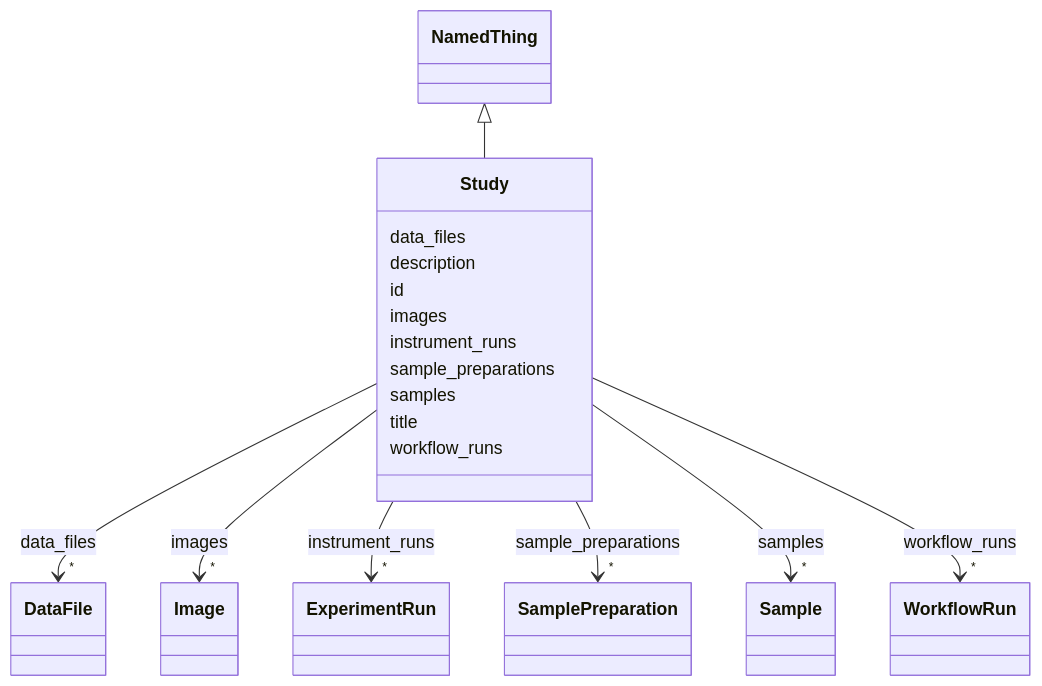
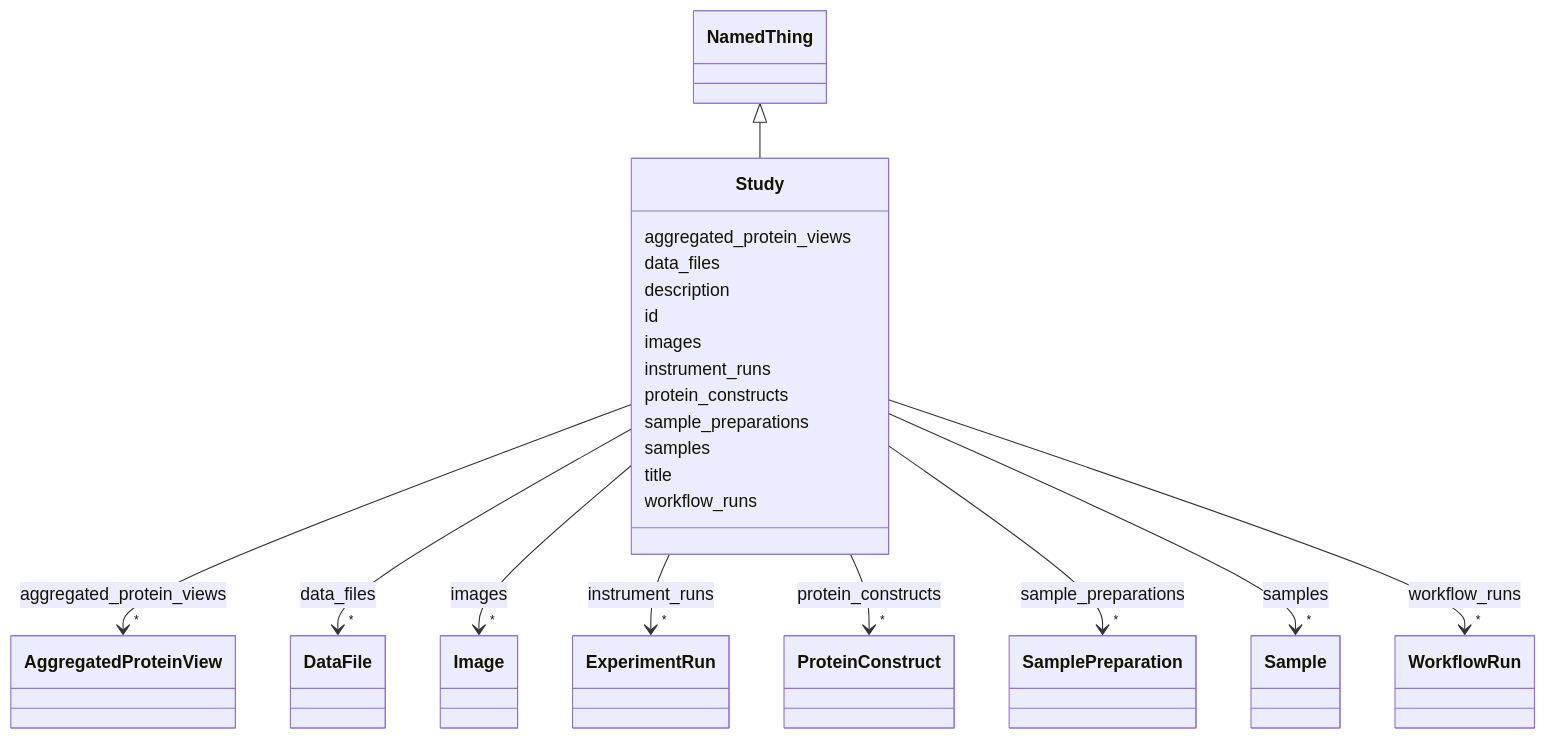
One commit to lambda-ber/lambda-ber-schema changed the diagram in docs/Study.md. Above: the diagram before and after it, drawn with Mermaid. The commit also changed other lines of this file and 338 other files, not shown here.

```diff
--- a/docs/Study.md
+++ b/docs/Study.md
@@ -22,6 +22,17 @@
       NamedThing <|-- Study
         click NamedThing href "../NamedThing/"
       
+      Study : aggregated_protein_views
+        
+          
+    
+        
+        
+        Study --> "*" AggregatedProteinView : aggregated_protein_views
+        click AggregatedProteinView href "../AggregatedProteinView/"
+    
+
+        
       Study : data_files
         
           
@@ -56,6 +67,17 @@
         
         Study --> "*" ExperimentRun : instrument_runs
         click ExperimentRun href "../ExperimentRun/"
+    
+
+        
+      Study : protein_constructs
+        
+          
+    
+        
+        
+        Study --> "*" ProteinConstruct : protein_constructs
+        click ProteinConstruct href "../ProteinConstruct/"
     
 
         
```
